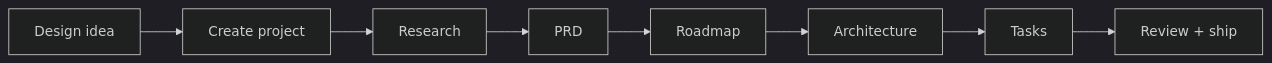
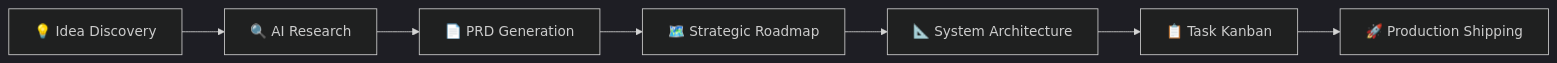
One commit to aryandhiman01/Builder_OS changed the second of 2 diagrams in README.md. Above: the diagram before and after it, drawn with Mermaid (dark theme). The commit also changed other lines of this file, not shown here.

````diff
--- a/README.md
+++ b/README.md
@@ -216,10 +105,9 @@
 ```mermaid
 flowchart LR
-    A[Design idea] --> B[Create project]
-    B --> C[Research]
-    C --> D[PRD]
-    D --> E[Roadmap]
-    E --> F[Architecture]
-    F --> G[Tasks]
-    G --> H[Review + ship]
+    A[💡 Idea Discovery] --> B[🔍 AI Research]
+    B --> C[📄 PRD Generation]
+    C --> D[🗺️ Strategic Roadmap]
+    D --> E[📐 System Architecture]
+    E --> F[📋 Task Kanban]
+    F --> G[🚀 Production Shipping]
 ```
````
